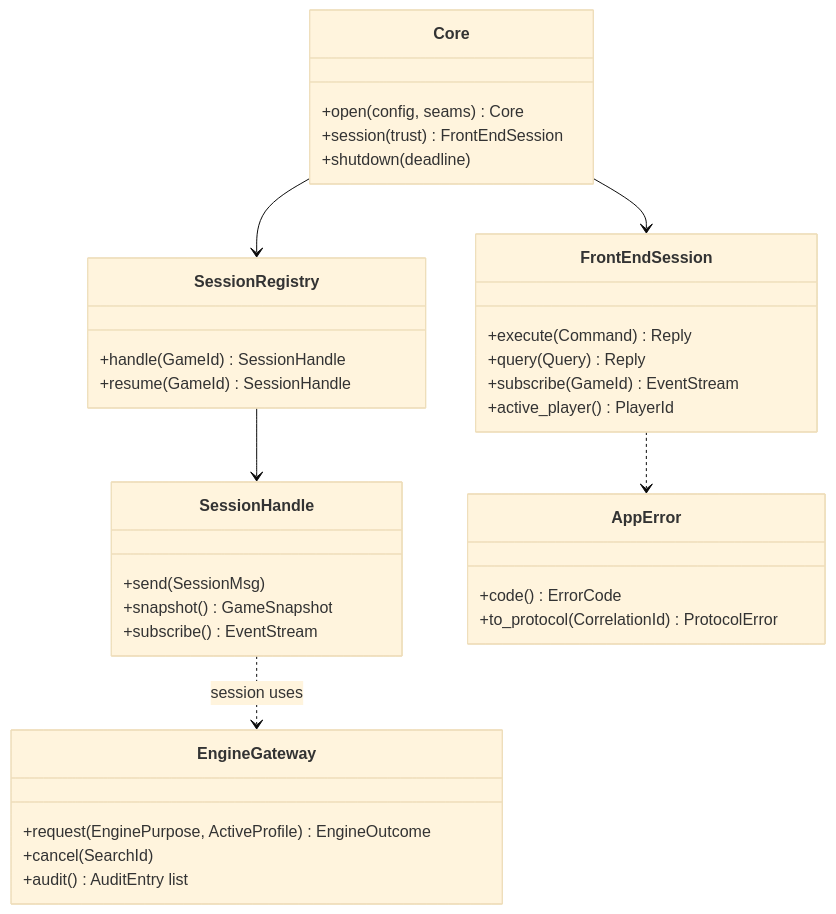
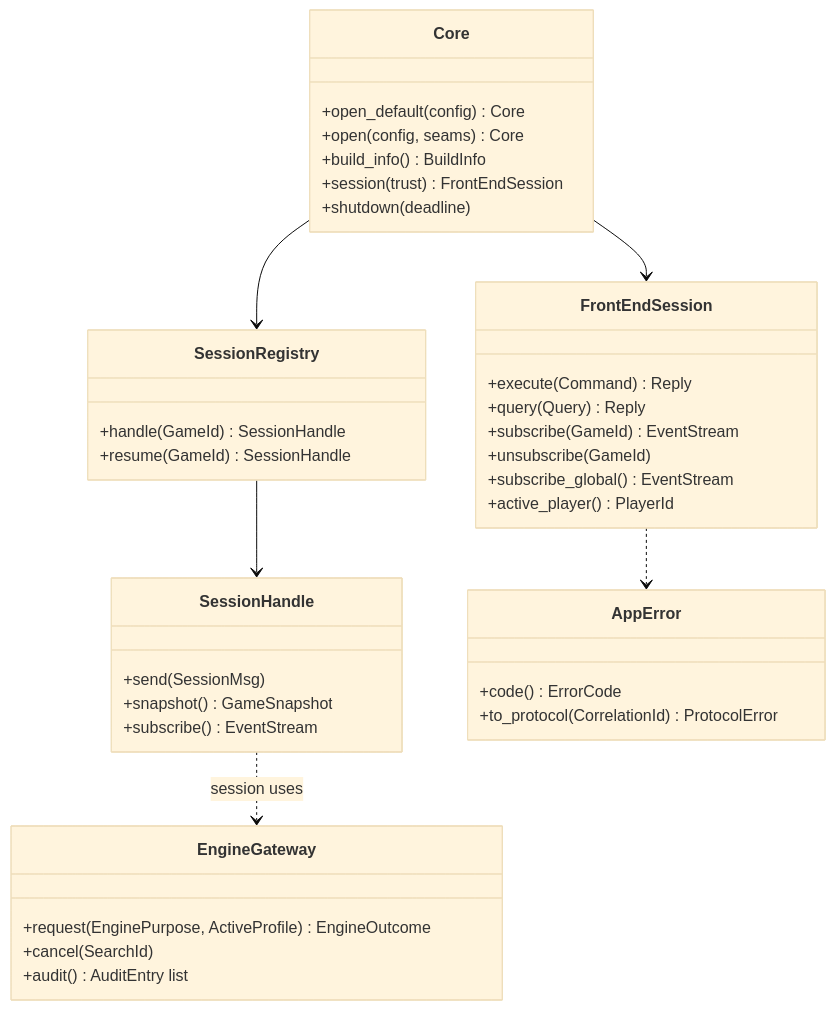
Before and after one commit to bprascher/chess: the second of 15 diagrams in docs/design/SDD-chess-app.md, drawn with Mermaid (base theme). The commit also changed other lines of this file and 17 other files, not shown here.

First line of the commit message:
Apply architecture addendum B and C to the SDDs and add the v0.4 consistency pass

````diff
--- a/docs/design/SDD-chess-app.md
+++ b/docs/design/SDD-chess-app.md
@@ -190,37 +199,41 @@
 ```mermaid
 classDiagram
     class Core {
+      +open_default(config) Core
       +open(config, seams) Core
+      +build_info() BuildInfo
       +session(trust) FrontEndSession
       +shutdown(deadline)
     }
     class FrontEndSession {
       +execute(Command) Reply
       +query(Query) Reply
       +subscribe(GameId) EventStream
+      +unsubscribe(GameId)
+      +subscribe_global() EventStream
       +active_player() PlayerId
     }
     class SessionRegistry {
       +handle(GameId) SessionHandle
       +resume(GameId) SessionHandle
     }
     class SessionHandle {
       +send(SessionMsg)
       +snapshot() GameSnapshot
       +subscribe() EventStream
     }
     class EngineGateway {
       +request(EnginePurpose, ActiveProfile) EngineOutcome
       +cancel(SearchId)
       +audit() AuditEntry list
     }
     class AppError {
       +code() ErrorCode
       +to_protocol(CorrelationId) ProtocolError
     }
     Core --> FrontEndSession
     Core --> SessionRegistry
     SessionRegistry --> SessionHandle
     SessionHandle ..> EngineGateway : session uses
     FrontEndSession ..> AppError
 ```
````
